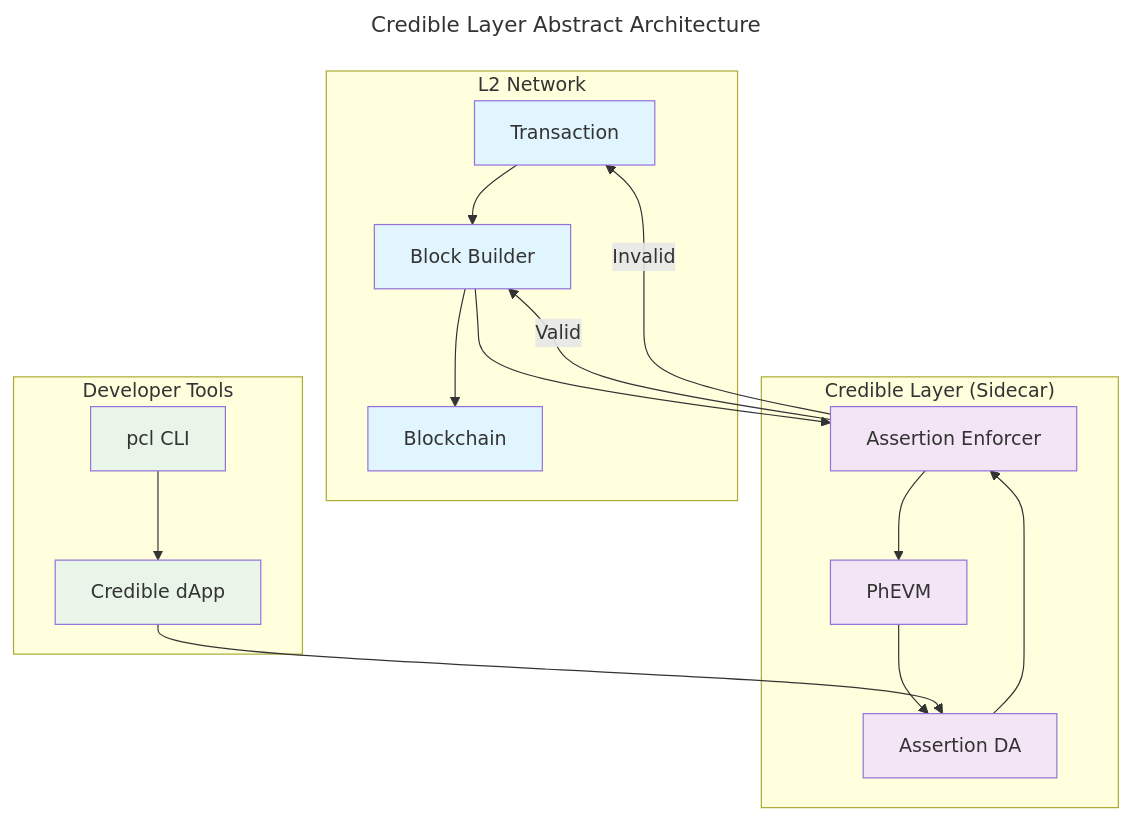
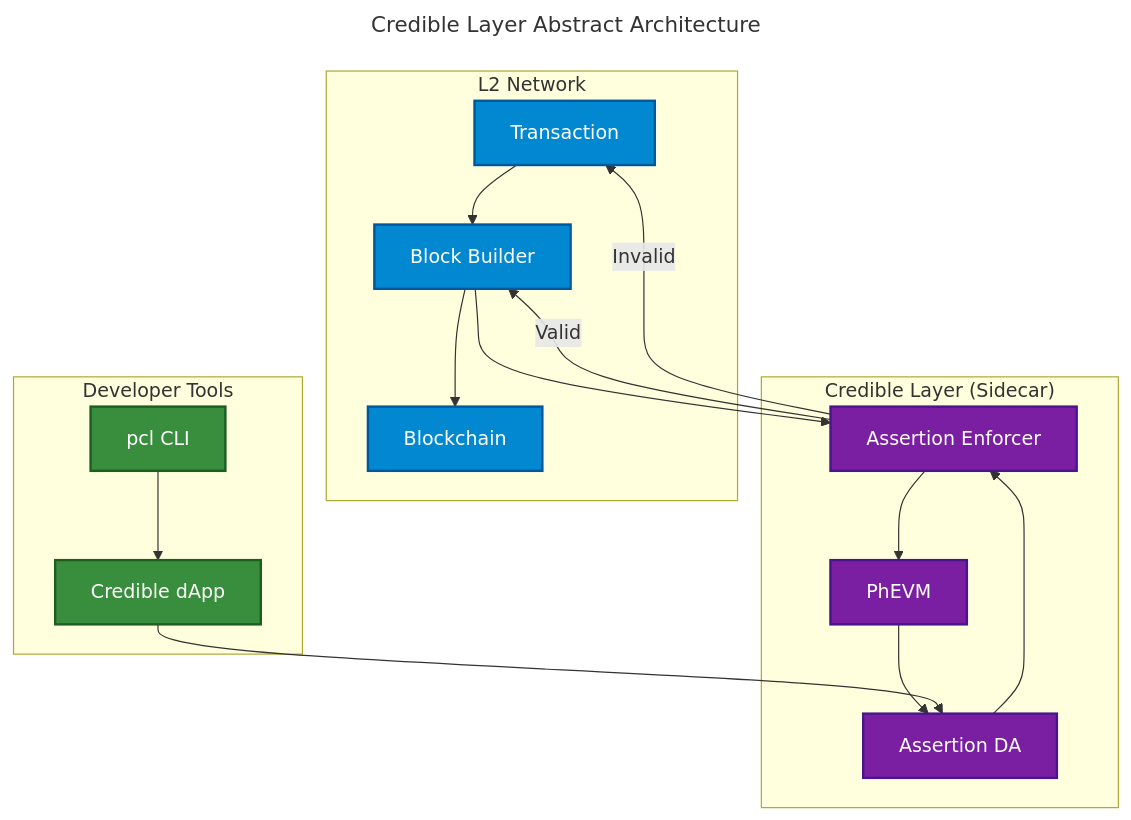
The first of 2 diagrams in credible/architecture.mdx (phylaxsystems/phylax-docs), drawn with Mermaid before and after one commit. The commit also changed other lines of this file and 2 other files, not shown here.

Commit message:
update color highlight for theme to phylax blue, fix colors of mermaid diagrams to work in light and dark mode

````diff
--- a/credible/architecture.mdx
+++ b/credible/architecture.mdx
@@ -26,42 +26,42 @@
 ```mermaid
 ---
 title: Credible Layer Abstract Architecture
 ---
 flowchart TD
     subgraph l2["L2 Network"]
         TX["Transaction"]
         BB["Block Builder"]
         BC["Blockchain"]
     end
-    
+
     subgraph cl["Credible Layer (Sidecar)"]
         AS["Assertion DA"]
         AV["Assertion Enforcer"]
         PhEVM["PhEVM"]
     end
-    
+
     subgraph dev["Developer Tools"]
         CLI["pcl CLI"]
         dApp["Credible dApp"]
     end
-    
+
     TX --> BB
     BB --> AV
     AV --> PhEVM
     PhEVM --> AS
     AS --> AV
     AV --> |Valid| BB
     AV --> |Invalid| TX
     BB --> BC
-    
+
     CLI --> dApp
     dApp --> AS
-    
-    classDef l2 fill:#e1f5fe
-    classDef cl fill:#f3e5f5
-    classDef dev fill:#e8f5e8
-    
+
+    classDef l2 fill:#0288d1,stroke:#01579b,stroke-width:2px,color:#fff
+    classDef cl fill:#7b1fa2,stroke:#4a148c,stroke-width:2px,color:#fff
+    classDef dev fill:#388e3c,stroke:#1b5e20,stroke-width:2px,color:#fff
+
     class TX,BB,BC l2
     class AS,AV,PhEVM cl
     class CLI,dApp dev
 ```
````
